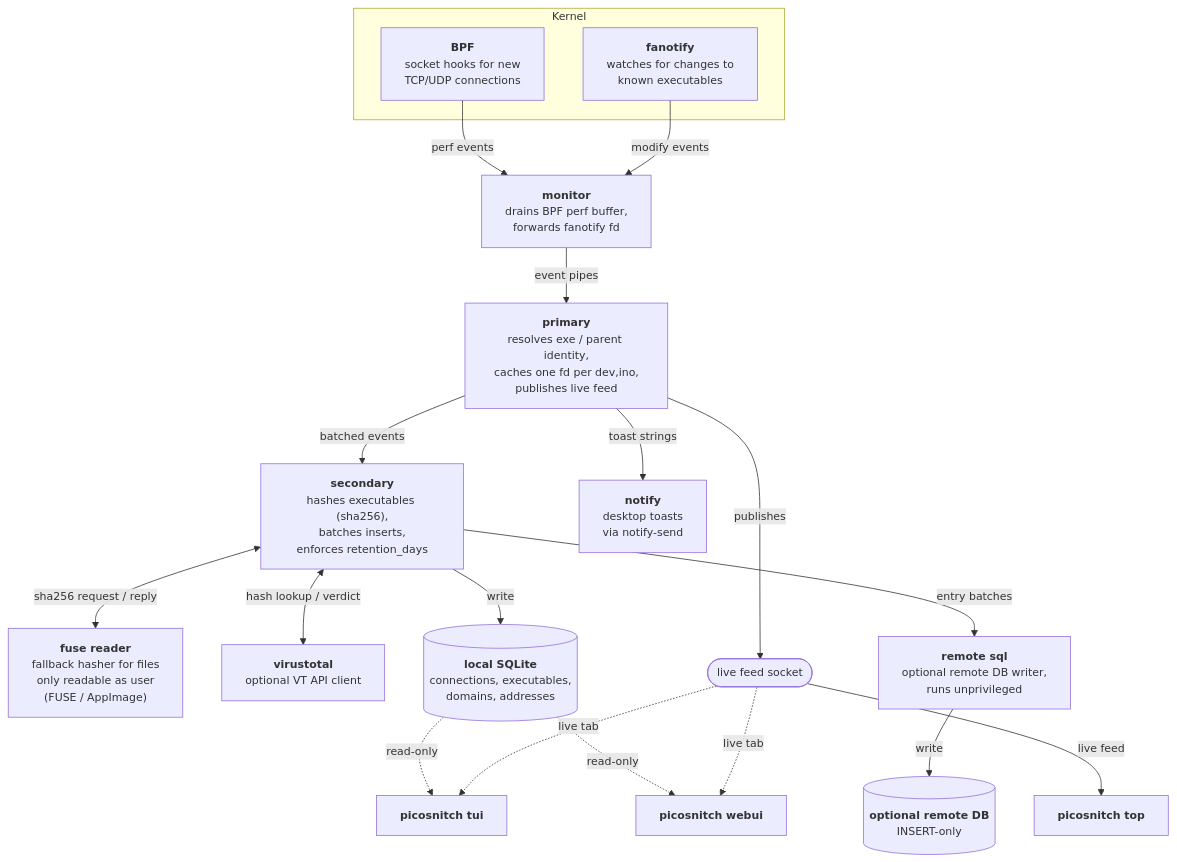
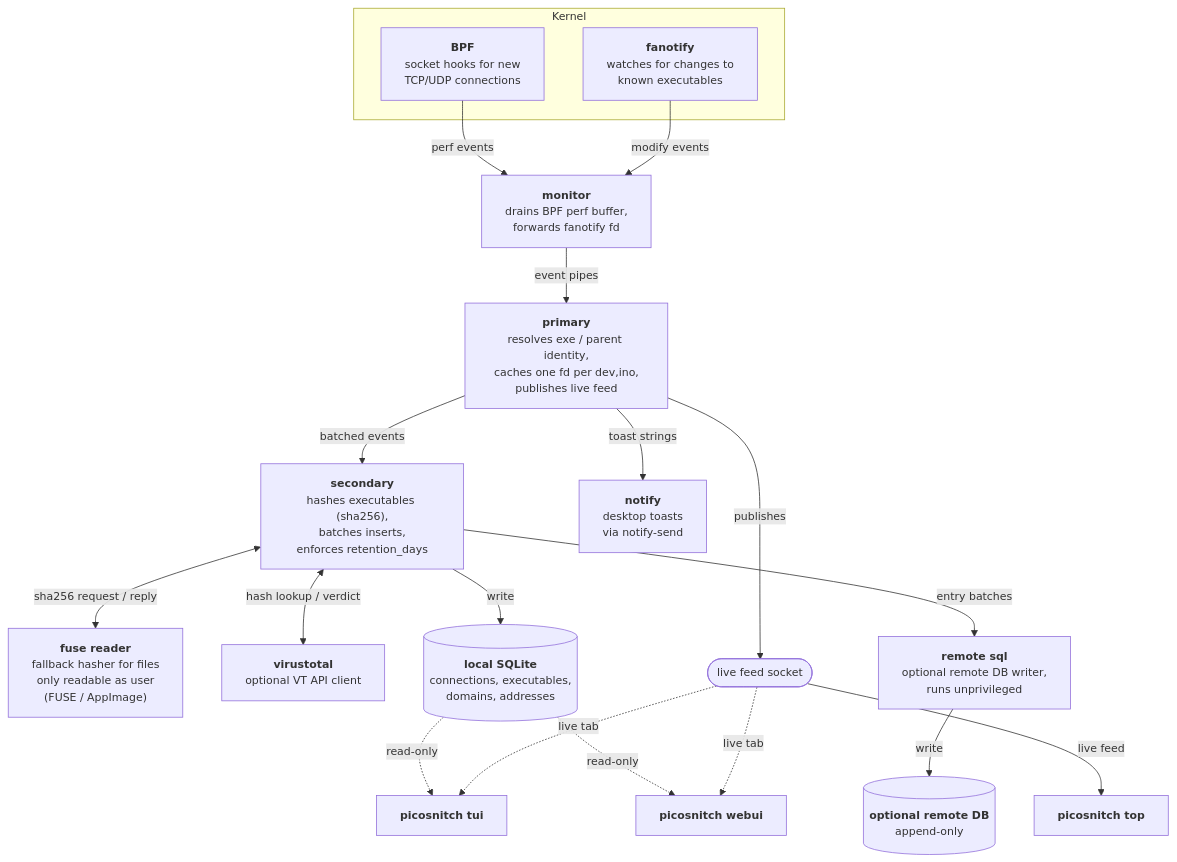
The diagram in docs/how-it-works.md (elesiuta/picosnitch), drawn with Mermaid before and after one commit. The commit also changed other lines of this file and 19 other files, not shown here.

````diff
--- a/docs/how-it-works.md
+++ b/docs/how-it-works.md
@@ -35,43 +35,43 @@
 ```mermaid
 %%{init: {"flowchart": {"useMaxWidth": true, "htmlLabels": true}, "themeVariables": {"fontSize": "14px"}} }%%
 flowchart TD
     subgraph K[Kernel]
         BPF["<b>BPF</b><br/>socket hooks for new<br/>TCP/UDP connections"]
         FAN["<b>fanotify</b><br/>watches for changes to<br/>known executables"]
     end
 
     MON["<b>monitor</b><br/>drains BPF perf buffer,<br/>forwards fanotify fd"]
     PRI["<b>primary</b><br/>resolves exe / parent identity,<br/>caches one fd per dev,ino,<br/>publishes live feed"]
     SEC["<b>secondary</b><br/>hashes executables (sha256),<br/>batches inserts,<br/>enforces retention_days"]
 
     FUSE["<b>fuse reader</b><br/>fallback hasher for files<br/>only readable as user<br/>(FUSE / AppImage)"]
     VT["<b>virustotal</b><br/>optional VT API client"]
     NOTIFY["<b>notify</b><br/>desktop toasts<br/>via notify-send"]
     RSQL["<b>remote sql</b><br/>optional remote DB writer,<br/>runs unprivileged"]
 
     LIVE([live feed socket])
     SQL[("<b>local SQLite</b><br/>connections, executables,<br/>domains, addresses")]
-    REMOTE[("<b>optional remote DB</b><br/>INSERT-only")]
+    REMOTE[("<b>optional remote DB</b><br/>append-only")]
 
     TOP["<b>picosnitch top</b>"]
     TUI["<b>picosnitch tui</b>"]
     WEB["<b>picosnitch webui</b>"]
 
     BPF -- perf events --> MON
     FAN -- modify events --> MON
     MON -- event pipes --> PRI
     PRI -- batched events --> SEC
     PRI -- toast strings --> NOTIFY
     PRI -- publishes --> LIVE
     SEC <-- sha256 request / reply --> FUSE
     SEC <-- hash lookup / verdict --> VT
     SEC -- write --> SQL
     SEC -- entry batches --> RSQL
     RSQL -- write --> REMOTE
 
     LIVE -- live feed --> TOP
     SQL -. read-only .-> TUI
     SQL -. read-only .-> WEB
     LIVE -. live tab .-> TUI
     LIVE -. live tab .-> WEB
 ```
````
